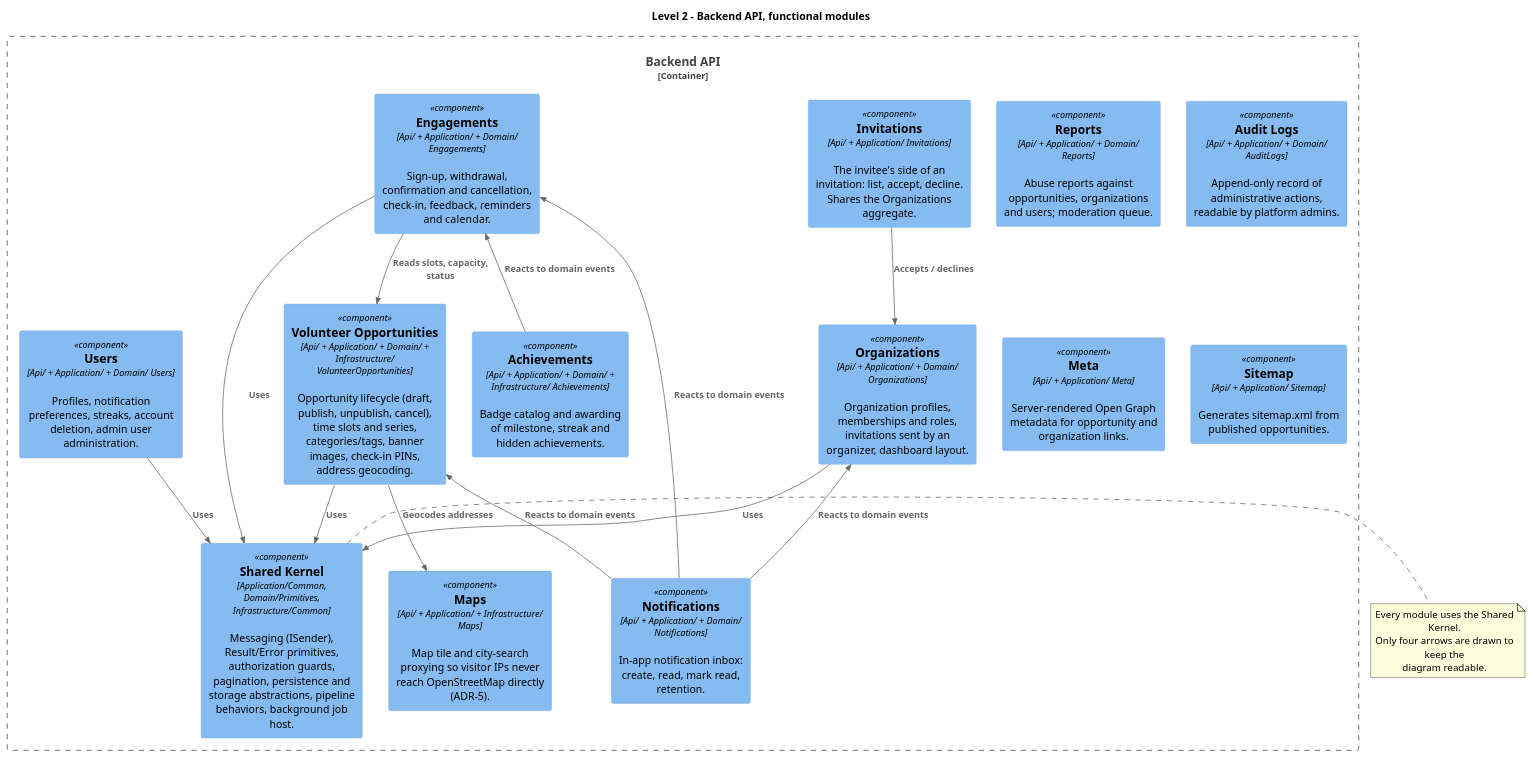
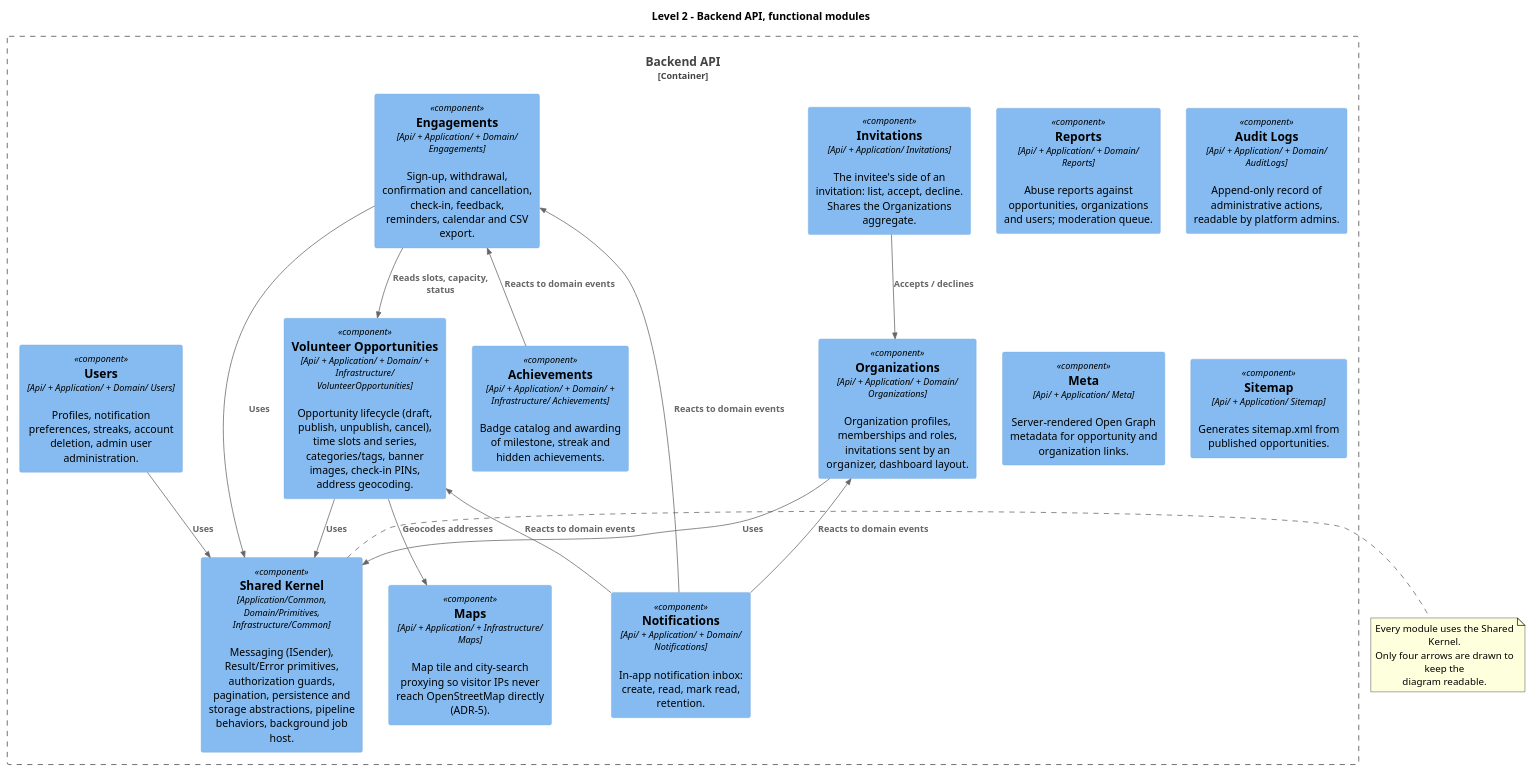
Before and after one commit to maik-hasler/einsatzbereit: the diagram in docs/Architecture/images/module-backend.puml, drawn with PlantUML. The commit also changed 18 other files, not shown here.

First line of the commit message:
feat: add CSV engagement export for organizers

```diff
--- a/docs/Architecture/images/module-backend.puml
+++ b/docs/Architecture/images/module-backend.puml
@@ -1,44 +1,44 @@
 @startuml Backend Module View
 
 !include <C4/C4_Component>
 
 title Level 2 - Backend API, functional modules
 
 Container_Boundary(backend, "Backend API") {
 	Component(opportunities, "Volunteer Opportunities", "Api/ + Application/ + Domain/ + Infrastructure/ VolunteerOpportunities", "Opportunity lifecycle (draft, publish, unpublish, cancel), time slots and series, categories/tags, banner images, check-in PINs, address geocoding.")
-	Component(engagements, "Engagements", "Api/ + Application/ + Domain/ Engagements", "Sign-up, withdrawal, confirmation and cancellation, check-in, feedback, reminders and calendar.")
+	Component(engagements, "Engagements", "Api/ + Application/ + Domain/ Engagements", "Sign-up, withdrawal, confirmation and cancellation, check-in, feedback, reminders, calendar and CSV export.")
 	Component(organizations, "Organizations", "Api/ + Application/ + Domain/ Organizations", "Organization profiles, memberships and roles, invitations sent by an organizer, dashboard layout.")
 	Component(invitations, "Invitations", "Api/ + Application/ Invitations", "The invitee's side of an invitation: list, accept, decline. Shares the Organizations aggregate.")
 	Component(users, "Users", "Api/ + Application/ + Domain/ Users", "Profiles, notification preferences, streaks, account deletion, admin user administration.")
 	Component(achievements, "Achievements", "Api/ + Application/ + Domain/ + Infrastructure/ Achievements", "Badge catalog and awarding of milestone, streak and hidden achievements.")
 	Component(notifications, "Notifications", "Api/ + Application/ + Domain/ Notifications", "In-app notification inbox: create, read, mark read, retention.")
 	Component(reports, "Reports", "Api/ + Application/ + Domain/ Reports", "Abuse reports against opportunities, organizations and users; moderation queue.")
 	Component(auditlogs, "Audit Logs", "Api/ + Application/ + Domain/ AuditLogs", "Append-only record of administrative actions, readable by platform admins.")
 	Component(maps, "Maps", "Api/ + Application/ + Infrastructure/ Maps", "Map tile and city-search proxying so visitor IPs never reach OpenStreetMap directly (ADR-5).")
 	Component(meta, "Meta", "Api/ + Application/ Meta", "Server-rendered Open Graph metadata for opportunity and organization links.")
 	Component(sitemap, "Sitemap", "Api/ + Application/ Sitemap", "Generates sitemap.xml from published opportunities.")
 
 	Component(shared, "Shared Kernel", "Application/Common, Domain/Primitives, Infrastructure/Common", "Messaging (ISender), Result/Error primitives, authorization guards, pagination, persistence and storage abstractions, pipeline behaviors, background job host.")
 }
 
 Rel(engagements, opportunities, "Reads slots, capacity, status")
 Rel(invitations, organizations, "Accepts / declines")
 Rel(opportunities, maps, "Geocodes addresses")
 
 Rel_U(notifications, engagements, "Reacts to domain events")
 Rel_U(notifications, opportunities, "Reacts to domain events")
 Rel_U(notifications, organizations, "Reacts to domain events")
 Rel_U(achievements, engagements, "Reacts to domain events")
 
 Rel(opportunities, shared, "Uses")
 Rel(engagements, shared, "Uses")
 Rel(organizations, shared, "Uses")
 Rel(users, shared, "Uses")
 
 note right of shared
 	Every module uses the Shared Kernel.
 	Only four arrows are drawn to keep the
 	diagram readable.
 end note
 
 @enduml
```
